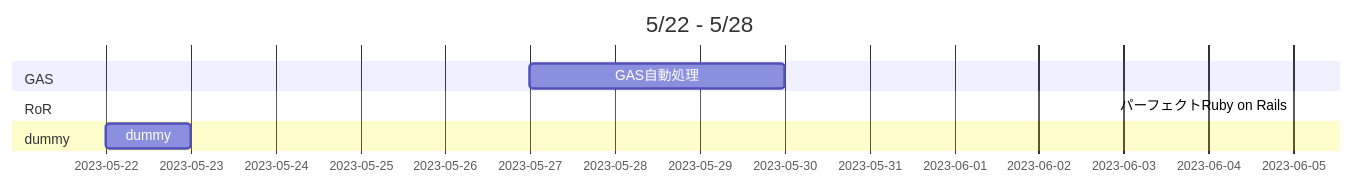
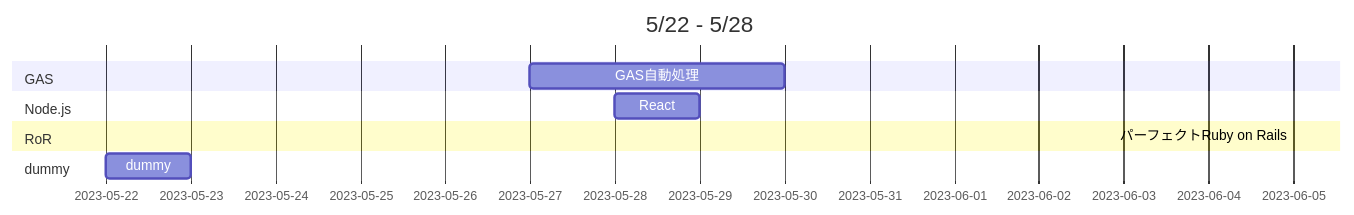
Before and after one commit to ykominami/gantt2: the first of 6 diagrams in test_data/GANTT7.md, drawn with Mermaid. The commit also changed other lines of this file, not shown here.

````diff
--- a/test_data/GANTT7.md
+++ b/test_data/GANTT7.md
@@ -1,10 +1,12 @@
 ```mermaid
 gantt
     title 5/22 - 5/28
     section GAS
     GAS自動処理: , 2023-05-27, 3d
+    section Node.js
+    React: , 2023-05-28, 1d
     section RoR
     パーフェクトRuby on Rails: , 2023-06-05, -7d
     section dummy
     dummy: , 2023-05-22, 1d
 ```
````
